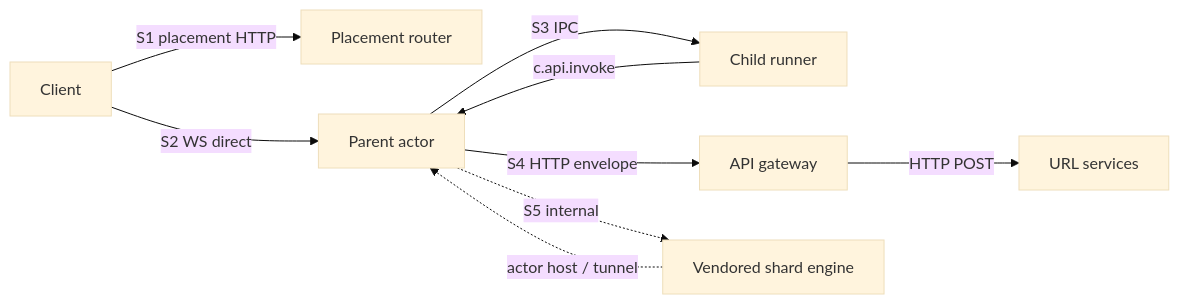
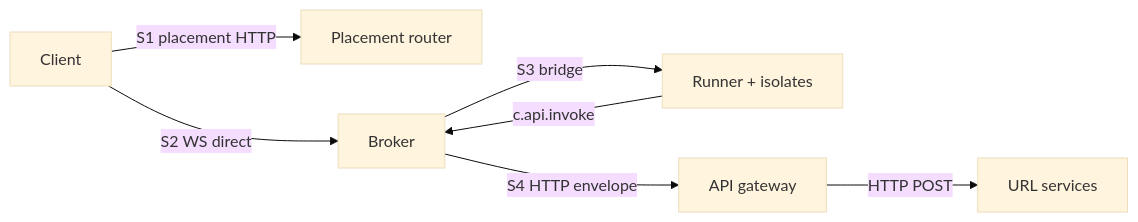
Before and after one commit to pax-historia/pax-backend: the first of 2 diagrams in docs-next/subsystems/observability.md, drawn with Mermaid (base theme). The commit also changed other lines of this file and 46 other files, not shown here.

First line of the commit message:
Rewrite docs-next around Broker/Runner and one-state-object storage

````diff
--- a/docs-next/subsystems/observability.md
+++ b/docs-next/subsystems/observability.md
@@ -40,19 +42,16 @@
 ```mermaid
 flowchart LR
   client[Client]
   router[Placement router]
-  parent[Parent actor]
-  child[Child runner]
+  broker[Broker]
+  runner[Runner + isolates]
   gw[API gateway]
   url[URL services]
-  shardInfra[Vendored shard engine]
 
   client -->|S1 placement HTTP| router
-  client -->|S2 WS direct| parent
-  parent -->|S3 IPC| child
-  child -->|c.api.invoke| parent
-  parent -->|S4 HTTP envelope| gw
+  client -->|S2 WS direct| broker
+  broker -->|S3 bridge| runner
+  runner -->|c.api.invoke| broker
+  broker -->|S4 HTTP envelope| gw
   gw -->|HTTP POST| url
-  parent -.->|S5 internal| shardInfra
-  shardInfra -.->|actor host / tunnel| parent
 ```
````
